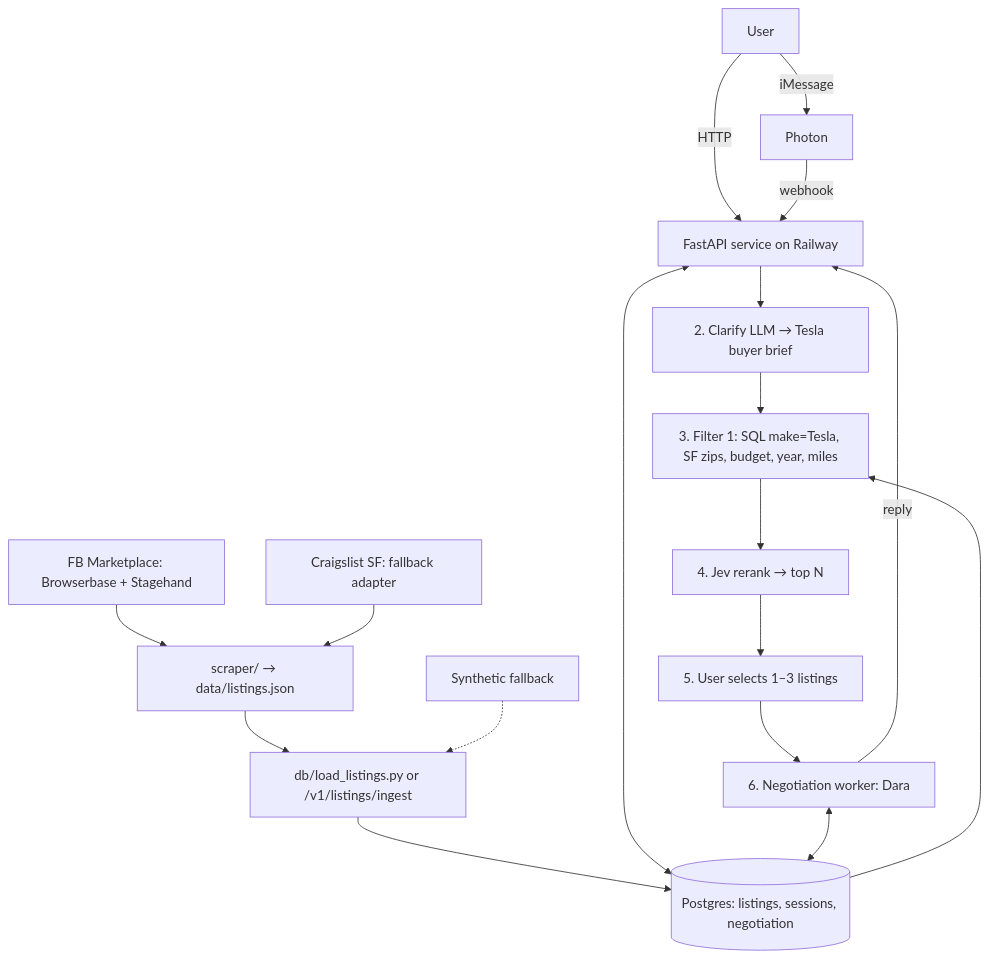
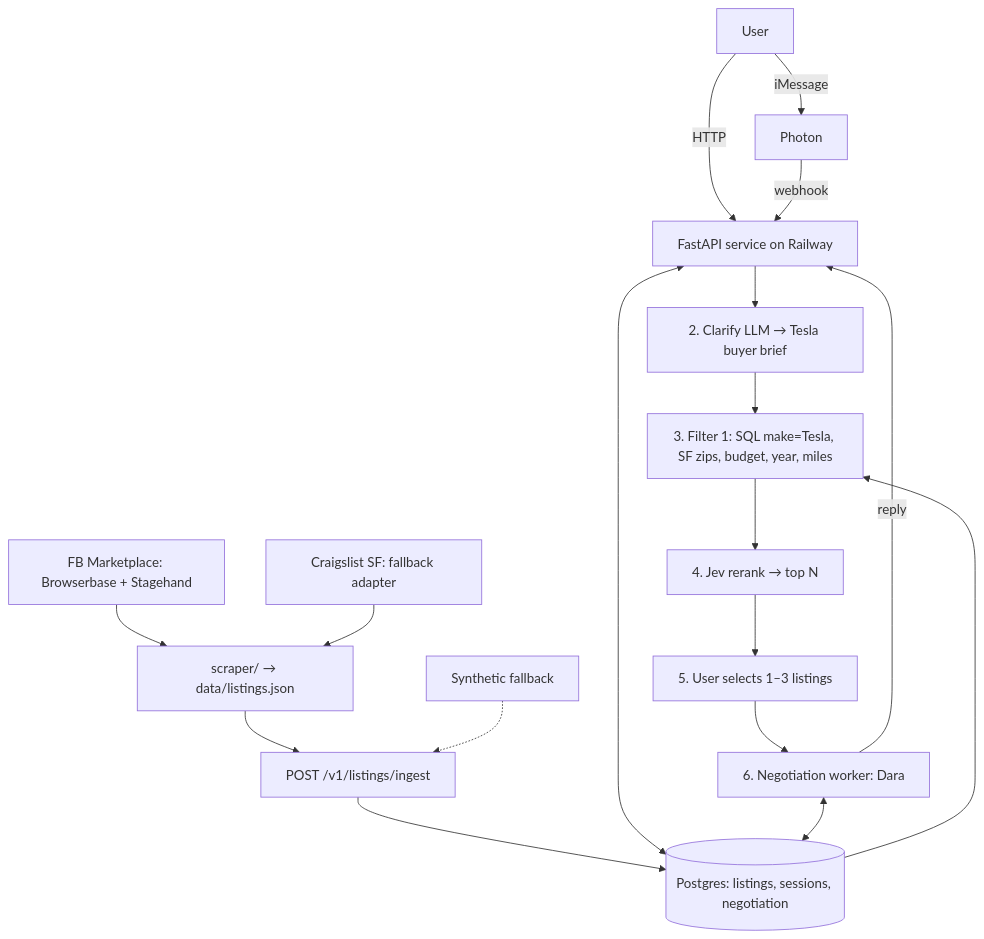
One commit to benikigai/JEVgotiator changed the first of 2 diagrams in README.md. Above: the diagram before and after it, drawn with Mermaid. The commit also changed other lines of this file, not shown here.

Commit message:
Add Photon/iMessage conversational agent section; scraper as plan owned by Codex

````diff
--- a/README.md
+++ b/README.md
@@ -18,21 +18,21 @@
 ```mermaid
 flowchart TD
     U[User] -->|HTTP| API[FastAPI service on Railway]
     U -->|iMessage| Photon[Photon] -->|webhook| API
 
     API --> Clarify[2. Clarify LLM → Tesla buyer brief]
     Clarify --> Filter[3. Filter 1: SQL make=Tesla, SF zips, budget, year, miles]
     Filter --> Jev[4. Jev rerank → top N]
     Jev --> Pick[5. User selects 1–3 listings]
     Pick --> Neg[6. Negotiation worker: Dara]
     Neg -->|reply| API
 
     FB[FB Marketplace: Browserbase + Stagehand] --> Scraper[scraper/ → data/listings.json]
     CL[Craigslist SF: fallback adapter] --> Scraper
-    Scraper --> Load[db/load_listings.py or /v1/listings/ingest]
+    Scraper --> Load[POST /v1/listings/ingest]
     Seed[Synthetic fallback] -.-> Load
     Load --> PG[(Postgres: listings, sessions, negotiation)]
     PG --> Filter
     API <--> PG
     Neg <--> PG
 ```
````
